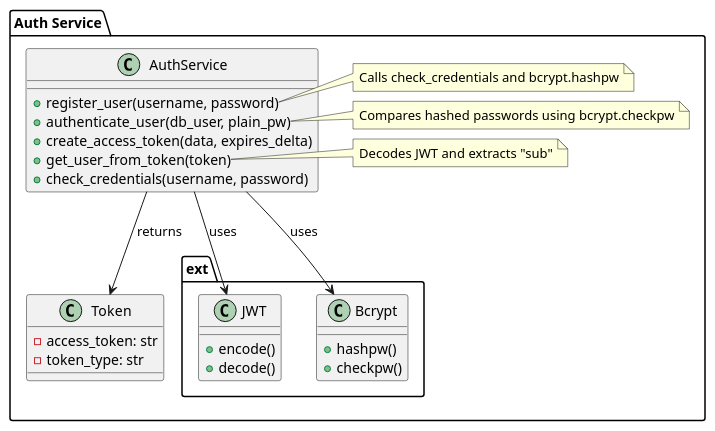
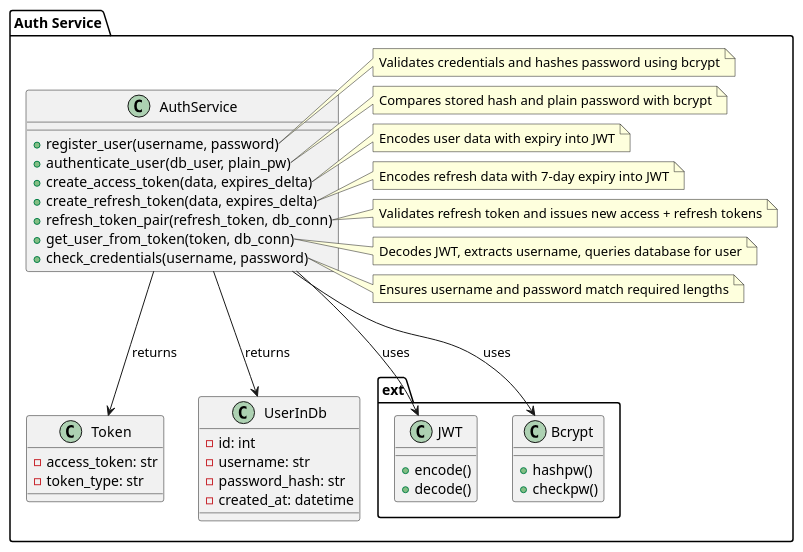
One commit to Digestey/lw-sqs-ss25 changed the diagram in docs/source/arc42/images/auth_service.puml. Above: the diagram before and after it, drawn with PlantUML. The commit also changed 25 other files, not shown here.

```diff
--- a/docs/source/arc42/images/auth_service.puml
+++ b/docs/source/arc42/images/auth_service.puml
@@ -1,42 +1,68 @@
 @startuml
 package "Auth Service" {
   class AuthService {
     +register_user(username, password)
     +authenticate_user(db_user, plain_pw)
     +create_access_token(data, expires_delta)
-    +get_user_from_token(token)
+    +create_refresh_token(data, expires_delta)
+    +refresh_token_pair(refresh_token, db_conn)
+    +get_user_from_token(token, db_conn)
     +check_credentials(username, password)
   }
 
   class ext.JWT {
     +encode()
     +decode()
   }
 
   class ext.Bcrypt {
     +hashpw()
     +checkpw()
   }
 
   class Token {
     -access_token: str
     -token_type: str
   }
 
+  class UserInDb {
+    -id: int
+    -username: str
+    -password_hash: str
+    -created_at: datetime
+  }
+
   AuthService --> JWT : uses
   AuthService --> Bcrypt : uses
   AuthService --> Token : returns
+  AuthService --> UserInDb : returns
 
   note right of AuthService::register_user
-    Calls check_credentials and bcrypt.hashpw
+    Validates credentials and hashes password using bcrypt
   end note
 
   note right of AuthService::authenticate_user
-    Compares hashed passwords using bcrypt.checkpw
+    Compares stored hash and plain password with bcrypt
+  end note
+
+  note right of AuthService::create_access_token
+    Encodes user data with expiry into JWT
+  end note
+
+  note right of AuthService::create_refresh_token
+    Encodes refresh data with 7-day expiry into JWT
+  end note
+
+  note right of AuthService::refresh_token_pair
+    Validates refresh token and issues new access + refresh tokens
   end note
 
   note right of AuthService::get_user_from_token
-    Decodes JWT and extracts "sub"
+    Decodes JWT, extracts username, queries database for user
+  end note
+
+  note right of AuthService::check_credentials
+    Ensures username and password match required lengths
   end note
 }
 @enduml
```
